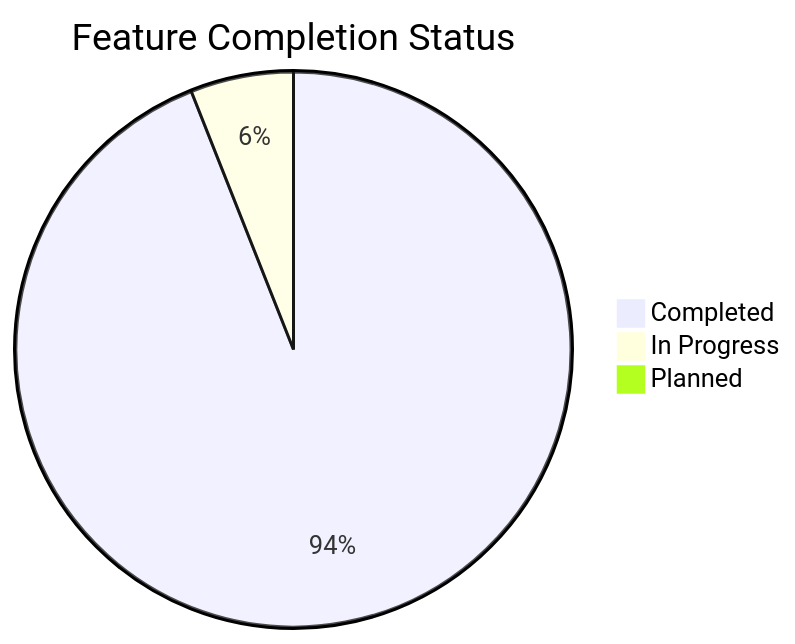
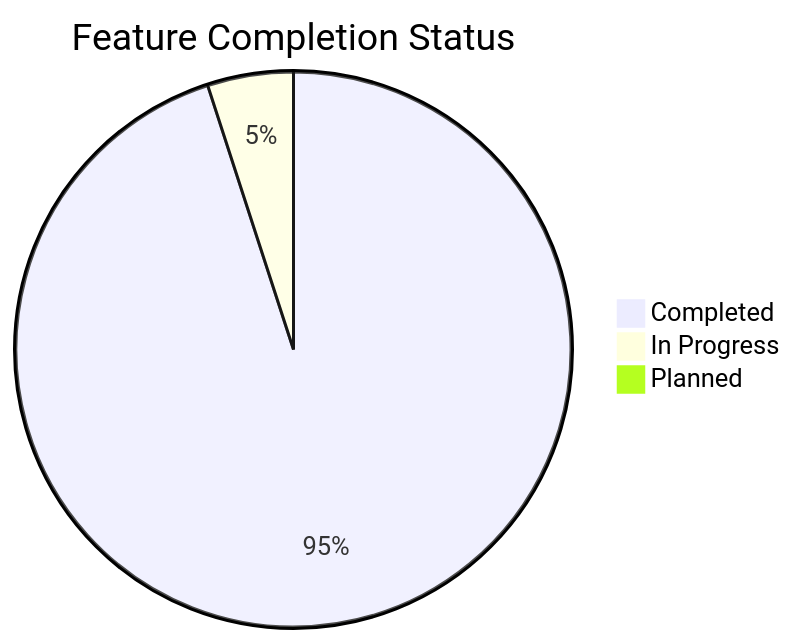
The second of 2 diagrams in docs/planning/roadmap.md (mrj0nesmtl/cloud-burst), drawn with Mermaid before and after one commit. The commit also changed other lines of this file and 17 other files, not shown here.

````diff
--- a/docs/planning/roadmap.md
+++ b/docs/planning/roadmap.md
@@ -341,6 +342,6 @@
 ```mermaid
 pie title Feature Completion Status
-    "Completed" : 94
-    "In Progress" : 6
+    "Completed" : 95
+    "In Progress" : 5
     "Planned" : 0
 ```
````
